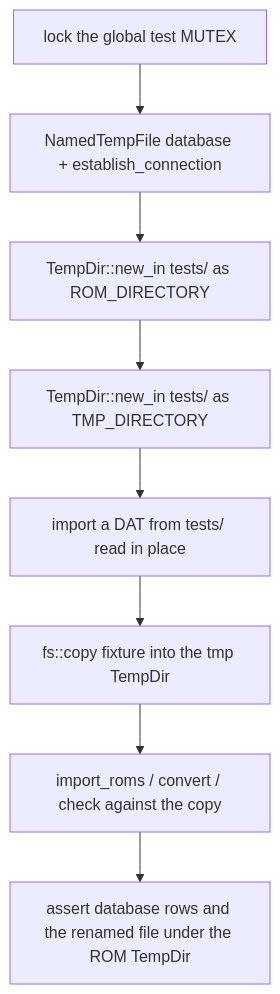
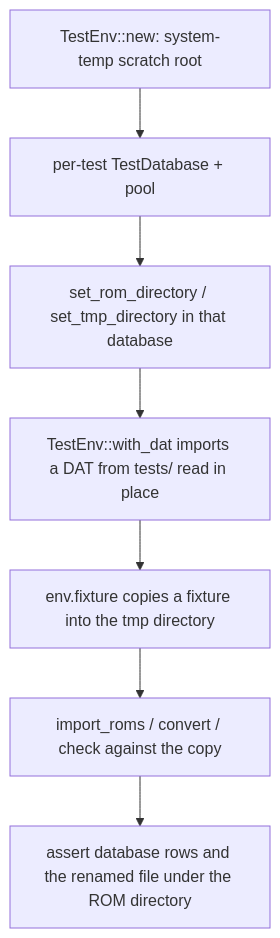
The first of 3 diagrams in openwiki/testing/test-fixtures.md (alucryd/oxyromon), drawn with Mermaid before and after one commit. The commit also changed other lines of this file and 17 other files, not shown here.

````diff
--- a/openwiki/testing/test-fixtures.md
+++ b/openwiki/testing/test-fixtures.md
@@ -217,10 +226,9 @@
 ```mermaid
 flowchart TD
-  A["lock the global test MUTEX"] --> B["NamedTempFile database + establish_connection"]
-  B --> C["TempDir::new_in tests/ as ROM_DIRECTORY"]
-  C --> D["TempDir::new_in tests/ as TMP_DIRECTORY"]
-  D --> E["import a DAT from tests/ read in place"]
-  E --> F["fs::copy fixture into the tmp TempDir"]
-  F --> G["import_roms / convert / check against the copy"]
-  G --> H["assert database rows and the renamed file under the ROM TempDir"]
+  A["TestEnv::new: system-temp scratch root"] --> B["per-test TestDatabase + pool"]
+  B --> C["set_rom_directory / set_tmp_directory in that database"]
+  C --> D["TestEnv::with_dat imports a DAT from tests/ read in place"]
+  D --> E["env.fixture copies a fixture into the tmp directory"]
+  E --> F["import_roms / convert / check against the copy"]
+  F --> G["assert database rows and the renamed file under the ROM directory"]
 ```
````
